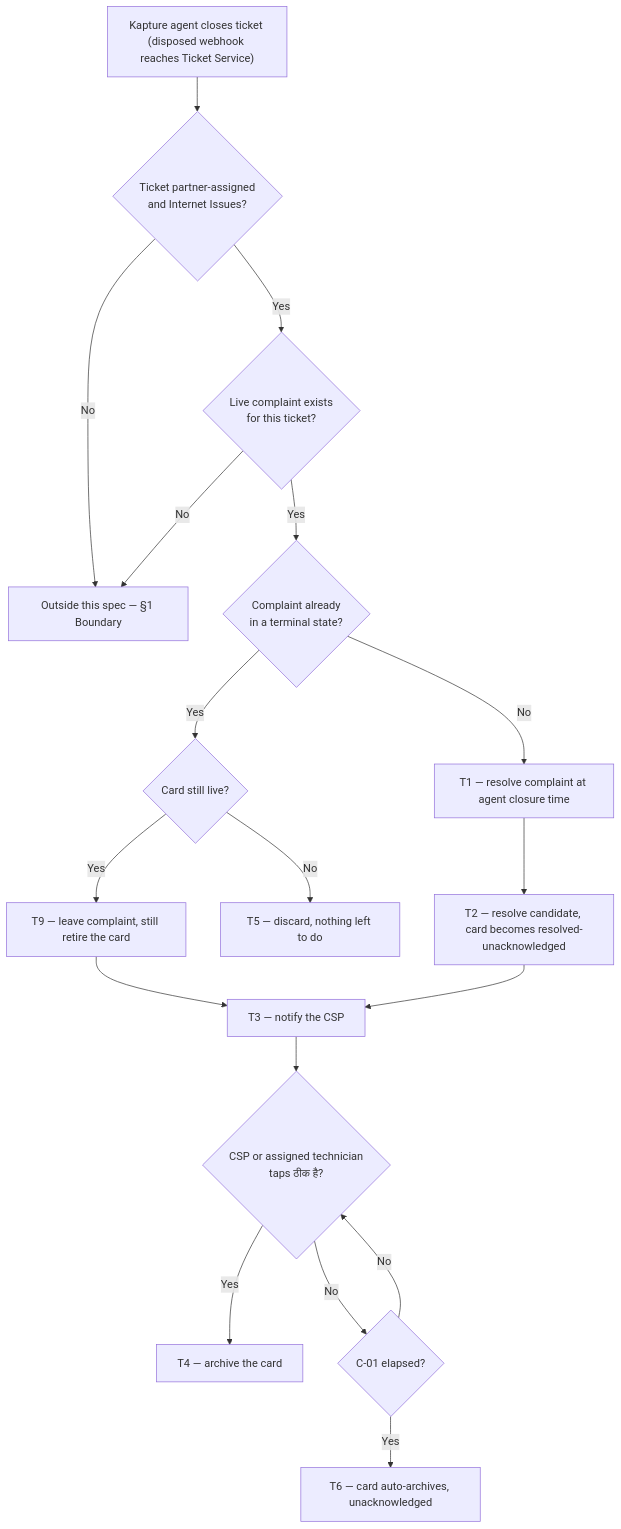
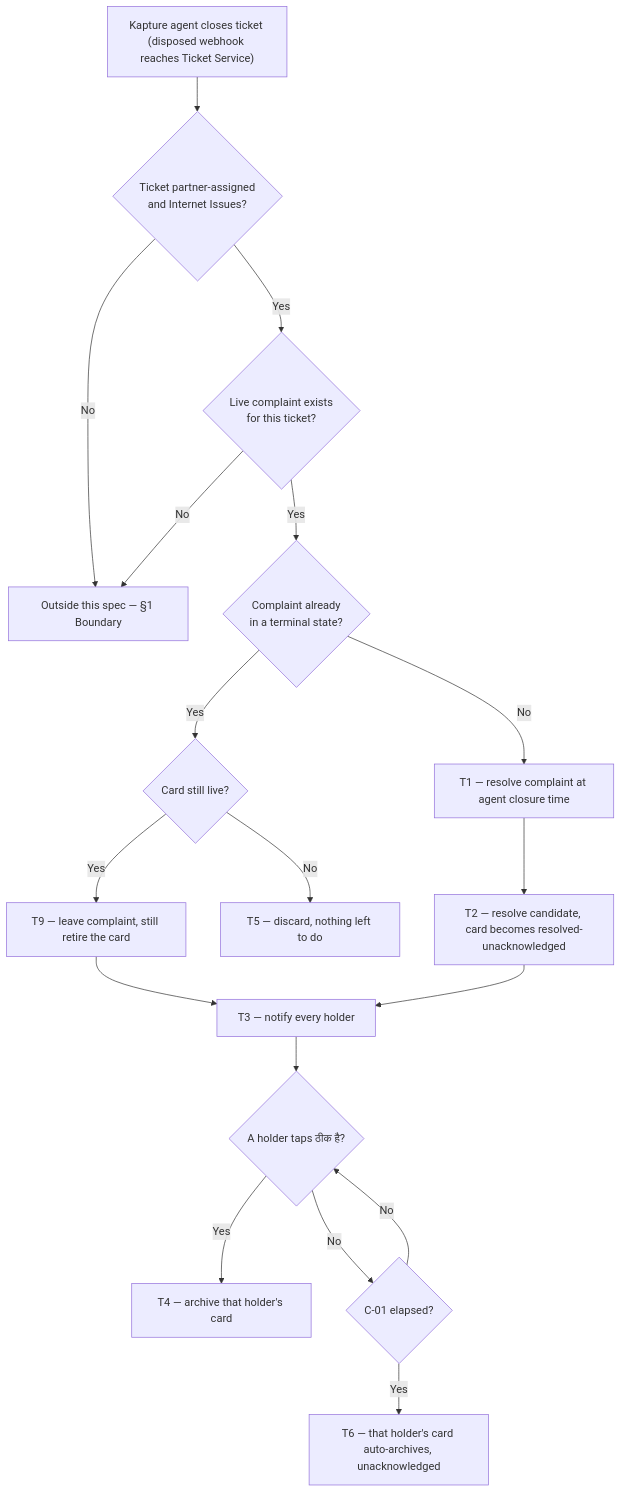
Before and after one commit to ashish-raj-wiom/kapture-closure-sync-study: the diagram in Kapture_Closure_Sync_PRD.md, drawn with Mermaid. The commit also changed other lines of this file and 1 other file, not shown here.

First line of the commit message:
PRD v1.5 — re-lint: fix a contradiction and finish the holder sweep

````diff
--- a/Kapture_Closure_Sync_PRD.md
+++ b/Kapture_Closure_Sync_PRD.md
@@ -105,20 +105,20 @@
 ```mermaid
 flowchart TD
     A["Kapture agent closes ticket (disposed webhook reaches Ticket Service)"] --> B{"Ticket partner-assigned<br/>and Internet Issues?"}
     B -- "No" --> Z["Outside this spec — §1 Boundary"]
     B -- "Yes" --> C{"Live complaint exists<br/>for this ticket?"}
     C -- "No" --> Z
     C -- "Yes" --> D{"Complaint already<br/>in a terminal state?"}
     D -- "Yes" --> D2{"Card still live?"}
     D2 -- "Yes" --> E2["T9 — leave complaint, still retire the card"]
     D2 -- "No" --> E["T5 — discard, nothing left to do"]
     D -- "No" --> F["T1 — resolve complaint at agent closure time"]
     E2 --> H
     F --> G["T2 — resolve candidate, card becomes resolved-unacknowledged"]
-    G --> H["T3 — notify the CSP"]
-    H --> I{"CSP or assigned technician<br/>taps ठीक है?"}
-    I -- "Yes" --> J["T4 — archive the card"]
+    G --> H["T3 — notify every holder"]
+    H --> I{"A holder taps ठीक है?"}
+    I -- "Yes" --> J["T4 — archive that holder's card"]
     I -- "No" --> K{"C-01 elapsed?"}
     K -- "No" --> I
-    K -- "Yes" --> L["T6 — card auto-archives, unacknowledged"]
+    K -- "Yes" --> L["T6 — that holder's card auto-archives, unacknowledged"]
 ```
````
